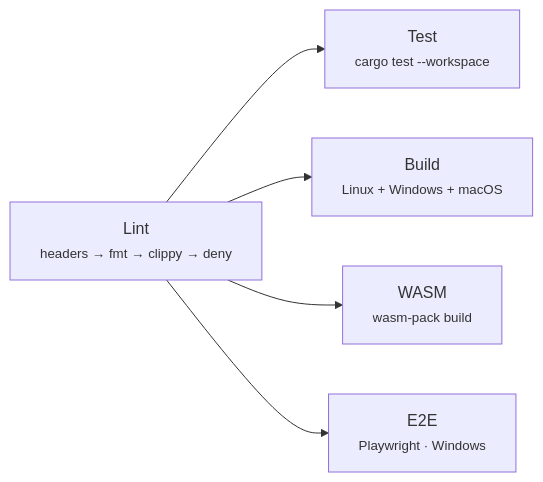
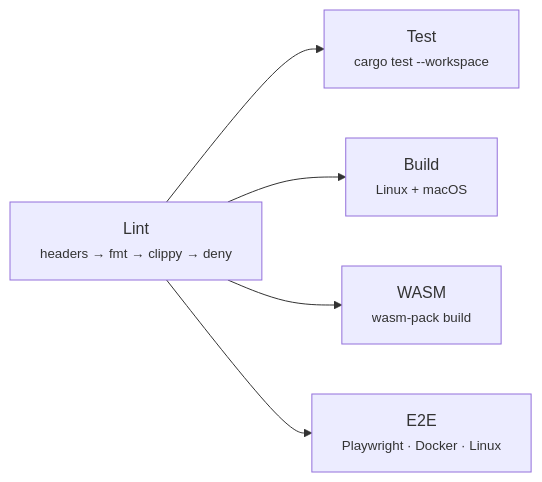
The diagram in README.md (microsoft/webui), drawn with Mermaid before and after one commit. The commit also changed other lines of this file and 53 other files, not shown here.

First line of the commit message:
Run Playwright E2E tests in Docker for cross-platform consistency

````diff
--- a/README.md
+++ b/README.md
@@ -55,13 +55,13 @@
 ```mermaid
 graph LR
     lint["Lint<br/><small>headers → fmt → clippy → deny</small>"]
     test["Test<br/><small>cargo test --workspace</small>"]
-    build["Build<br/><small>Linux + Windows + macOS</small>"]
+    build["Build<br/><small>Linux + macOS</small>"]
     wasm["WASM<br/><small>wasm-pack build</small>"]
-    e2e["E2E<br/><small>Playwright · Windows</small>"]
+    e2e["E2E<br/><small>Playwright · Docker · Linux</small>"]
 
     lint --> test
     lint --> build
     lint --> wasm
     lint --> e2e
 ```
````
